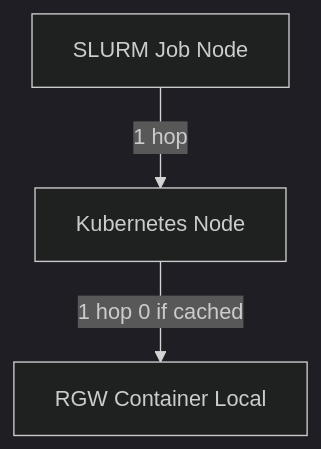
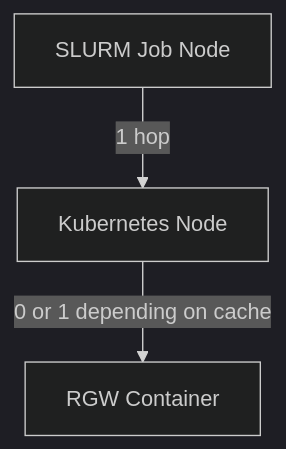
The third of 4 diagrams in README.md (WATonomous/slurm-gha), drawn with Mermaid (dark theme) before and after one commit. The commit also changed other lines of this file, not shown here.

Commit message:
added kubernetes notes

````diff
--- a/README.md
+++ b/README.md
@@ -56,5 +58,5 @@
 ```mermaid
 flowchart TD
     SLURM[SLURM Job Node] -->|1 hop| Kubernetes[Kubernetes Node]
-    Kubernetes -->|1 hop 0 if cached| RGW[RGW Container Local]
+    Kubernetes -->|0 or 1 depending on cache| RGW[RGW Container]
 ```
````
